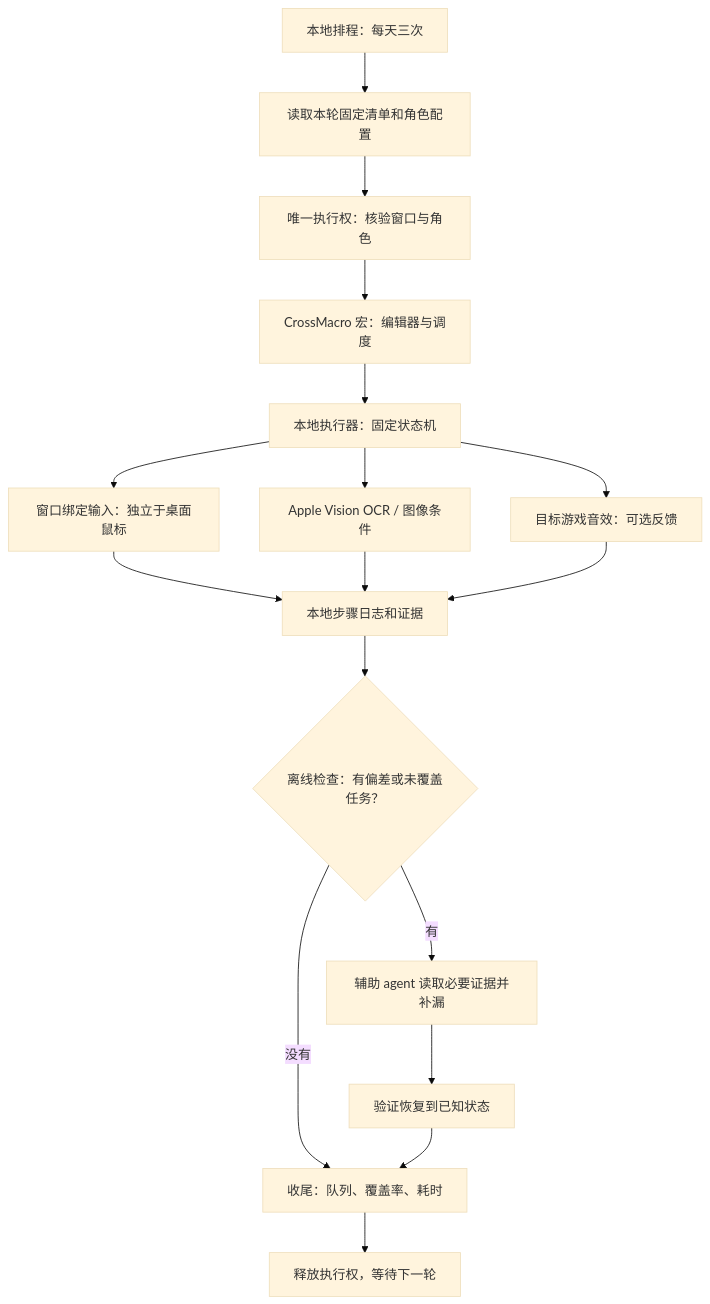
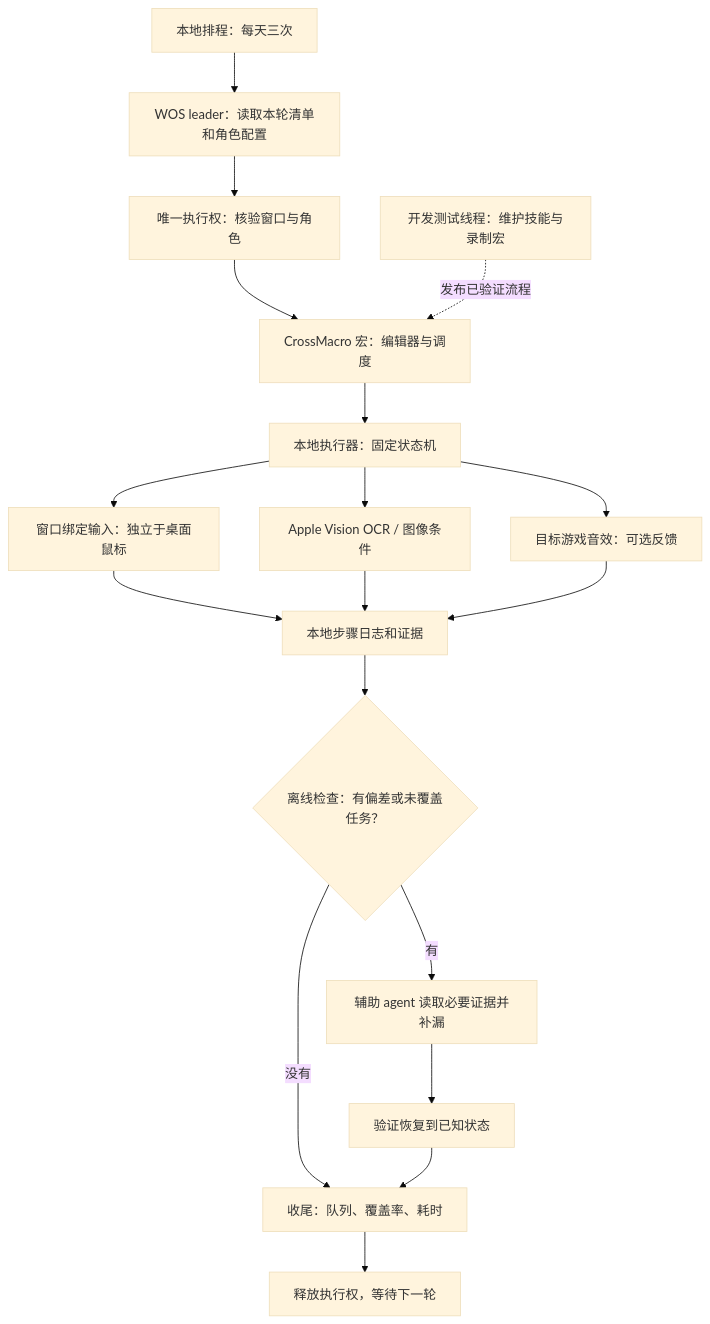
The diagram in docs/WOS-AUTOMATION-V2.md (carolplay/codex-game-skills), drawn with Mermaid (base theme) before and after one commit. The commit also changed other lines of this file and 2 other files, not shown here.

Commit message:
Record verified WOS workflow states and explicit run recovery

````diff
--- a/docs/WOS-AUTOMATION-V2.md
+++ b/docs/WOS-AUTOMATION-V2.md
@@ -5,19 +5,20 @@
 ```mermaid
 flowchart TD
-  A[本地排程：每天三次] --> B[读取本轮固定清单和角色配置]
+  A[本地排程：每天三次] --> B[WOS leader：读取本轮清单和角色配置]
   B --> C[唯一执行权：核验窗口与角色]
   C --> D[CrossMacro 宏：编辑器与调度]
   D --> E[本地执行器：固定状态机]
   E --> F[窗口绑定输入：独立于桌面鼠标]
   E --> G[Apple Vision OCR / 图像条件]
   E --> H[目标游戏音效：可选反馈]
   F --> I[本地步骤日志和证据]
   G --> I
   H --> I
   I --> J{离线检查：有偏差或未覆盖任务？}
   J -->|没有| K[收尾：队列、覆盖率、耗时]
   J -->|有| L[辅助 agent 读取必要证据并补漏]
   L --> M[验证恢复到已知状态]
   M --> K
   K --> N[释放执行权，等待下一轮]
+  O[开发测试线程：维护技能与录制宏] -. 发布已验证流程 .-> D
 ```
````
